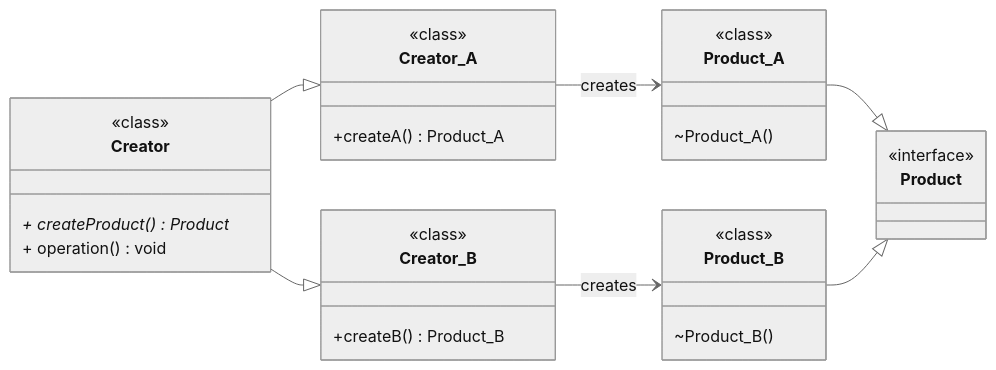
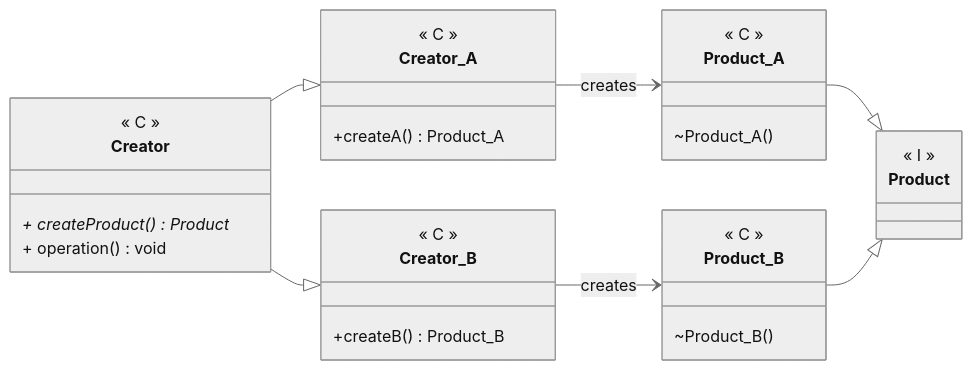
Before and after one commit to angelromarco04/MyNotes: the first of 3 diagrams in Programming/Patterns/data/Factory.md, drawn with Mermaid (neutral theme). The commit also changed other lines of this file, not shown here.

````diff
--- a/Programming/Patterns/data/Factory.md
+++ b/Programming/Patterns/data/Factory.md
@@ -39,44 +39,44 @@
 ```mermaid
 classDiagram
 direction LR
 
 Creator --|> Creator_A
 Creator --|> Creator_B
 
 Creator_A --> Product_A :  creates 
 Creator_B --> Product_B :  creates 
 
 Product_A --|> Product
 Product_B --|> Product
 
 class Product {
-	<<interface>>
+	<< I >>
 }
 
 class Product_A {
-	<<class>>
+	<< C >>
 	~Product_A()
 }
 
 class Product_B {
-	<<class>>
+	<< C >>
 	~Product_B()
 }
 
 class Creator {
-	<<class>>
+	<< C >>
 	+ createProduct() Product*
 	+ operation() void
 }
 
 class Creator_A {
-	<<class>>
+	<< C >>
 	+createA() Product_A
 }
 
 class Creator_B {
-	<<class>>
+	<< C >>
 	+createB() Product_B
 }
 
 ```
````
